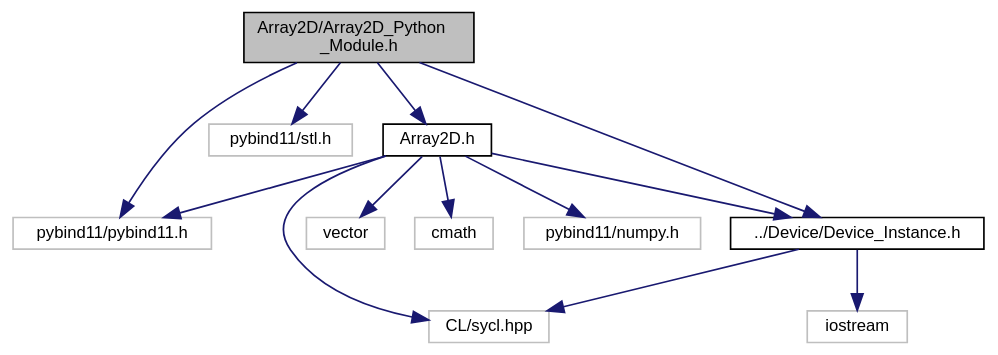
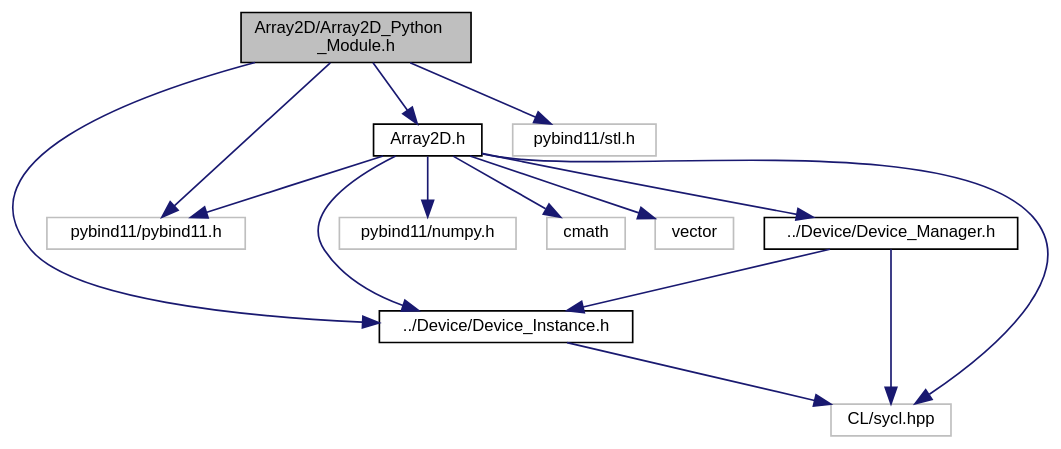
The diagram in docs/PySYCL_doxygen_html/_array2_d___python___module_8h__incl.dot (OsmanAEG/PySYCL), drawn with Graphviz before and after one commit. The commit also changed 169 other files, not shown here.

```diff
--- a/docs/PySYCL_doxygen_html/_array2_d___python___module_8h__incl.dot
+++ b/docs/PySYCL_doxygen_html/_array2_d___python___module_8h__incl.dot
@@ -1,30 +1,32 @@
 digraph "Array2D/Array2D_Python_Module.h"
 {
  // INTERACTIVE_SVG=YES
  // LATEX_PDF_SIZE
   bgcolor="transparent";
   edge [fontname="Helvetica",fontsize="10",labelfontname="Helvetica",labelfontsize="10"];
   node [fontname="Helvetica",fontsize="10",shape=record];
   Node1 [label="Array2D/Array2D_Python\l_Module.h",height=0.2,width=0.4,color="black", fillcolor="grey75", style="filled", fontcolor="black",tooltip="Python module for an array_2d object in PySYCL."];
   Node1 -> Node2 [color="midnightblue",fontsize="10",style="solid",fontname="Helvetica"];
   Node2 [label="pybind11/pybind11.h",height=0.2,width=0.4,color="grey75",tooltip=" "];
   Node1 -> Node3 [color="midnightblue",fontsize="10",style="solid",fontname="Helvetica"];
   Node3 [label="pybind11/stl.h",height=0.2,width=0.4,color="grey75",tooltip=" "];
   Node1 -> Node4 [color="midnightblue",fontsize="10",style="solid",fontname="Helvetica"];
   Node4 [label="Array2D.h",height=0.2,width=0.4,color="black",URL="$_array2_d_8h.html",tooltip="Array2D in PySYCL."];
   Node4 -> Node5 [color="midnightblue",fontsize="10",style="solid",fontname="Helvetica"];
   Node5 [label="CL/sycl.hpp",height=0.2,width=0.4,color="grey75",tooltip=" "];
   Node4 -> Node6 [color="midnightblue",fontsize="10",style="solid",fontname="Helvetica"];
-  Node6 [label="vector",height=0.2,width=0.4,color="grey75",tooltip=" "];
+  Node6 [label="pybind11/numpy.h",height=0.2,width=0.4,color="grey75",tooltip=" "];
+  Node4 -> Node2 [color="midnightblue",fontsize="10",style="solid",fontname="Helvetica"];
   Node4 -> Node7 [color="midnightblue",fontsize="10",style="solid",fontname="Helvetica"];
   Node7 [label="cmath",height=0.2,width=0.4,color="grey75",tooltip=" "];
-  Node4 -> Node2 [color="midnightblue",fontsize="10",style="solid",fontname="Helvetica"];
   Node4 -> Node8 [color="midnightblue",fontsize="10",style="solid",fontname="Helvetica"];
-  Node8 [label="pybind11/numpy.h",height=0.2,width=0.4,color="grey75",tooltip=" "];
+  Node8 [label="vector",height=0.2,width=0.4,color="grey75",tooltip=" "];
   Node4 -> Node9 [color="midnightblue",fontsize="10",style="solid",fontname="Helvetica"];
   Node9 [label="../Device/Device_Instance.h",height=0.2,width=0.4,color="black",URL="$_device___instance_8h.html",tooltip="Device instance for device selection in PySYCL."];
-  Node9 -> Node10 [color="midnightblue",fontsize="10",style="solid",fontname="Helvetica"];
-  Node10 [label="iostream",height=0.2,width=0.4,color="grey75",tooltip=" "];
   Node9 -> Node5 [color="midnightblue",fontsize="10",style="solid",fontname="Helvetica"];
+  Node4 -> Node10 [color="midnightblue",fontsize="10",style="solid",fontname="Helvetica"];
+  Node10 [label="../Device/Device_Manager.h",height=0.2,width=0.4,color="black",URL="$_device___manager_8h.html",tooltip="Device instance for device selection in PySYCL."];
+  Node10 -> Node5 [color="midnightblue",fontsize="10",style="solid",fontname="Helvetica"];
+  Node10 -> Node9 [color="midnightblue",fontsize="10",style="solid",fontname="Helvetica"];
   Node1 -> Node9 [color="midnightblue",fontsize="10",style="solid",fontname="Helvetica"];
 }
```
